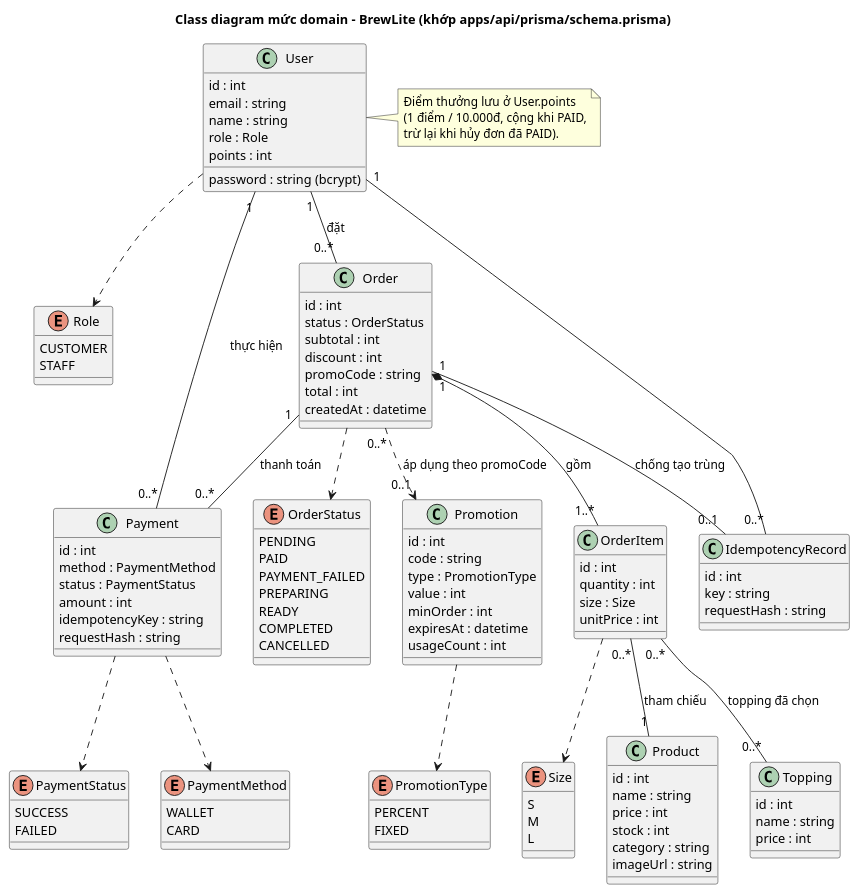
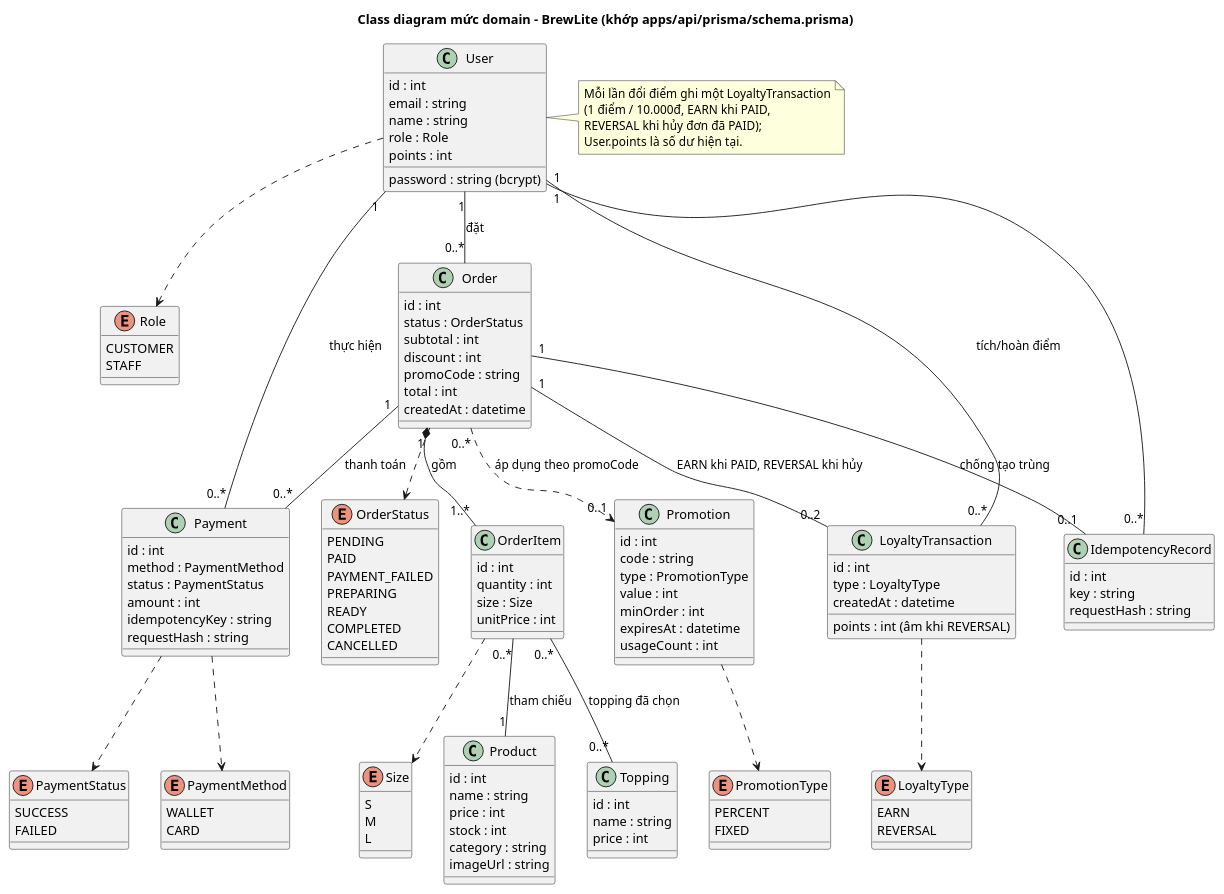
Before and after one commit to tthan-prog/BrewLite: the diagram in docs/diagrams/class-domain.puml, drawn with PlantUML. The commit also changed 25 other files, not shown here.

Commit message:
fix: bổ sung LoyaltyTransaction, use-case UC-01, test trạng thái menu và PWA manifest (đối chiếu đề A2)

```diff
--- a/docs/diagrams/class-domain.puml
+++ b/docs/diagrams/class-domain.puml
@@ -1,116 +1,130 @@
 @startuml class-domain
 title Class diagram mức domain – BrewLite (khớp apps/api/prisma/schema.prisma)
 skinparam shadowing false
 skinparam classAttributeIconSize 0
 
 enum Role {
   CUSTOMER
   STAFF
 }
 enum OrderStatus {
   PENDING
   PAID
   PAYMENT_FAILED
   PREPARING
   READY
   COMPLETED
   CANCELLED
 }
 enum PaymentMethod {
   WALLET
   CARD
 }
 enum PaymentStatus {
   SUCCESS
   FAILED
 }
 enum PromotionType {
   PERCENT
   FIXED
+}
+enum LoyaltyType {
+  EARN
+  REVERSAL
 }
 enum Size {
   S
   M
   L
 }
 
 class User {
   id : int
   email : string
   name : string
   password : string (bcrypt)
   role : Role
   points : int
 }
 class Product {
   id : int
   name : string
   price : int
   stock : int
   category : string
   imageUrl : string
 }
 class Topping {
   id : int
   name : string
   price : int
 }
 class Order {
   id : int
   status : OrderStatus
   subtotal : int
   discount : int
   promoCode : string
   total : int
   createdAt : datetime
 }
 class OrderItem {
   id : int
   quantity : int
   size : Size
   unitPrice : int
 }
 class Payment {
   id : int
   method : PaymentMethod
   status : PaymentStatus
   amount : int
   idempotencyKey : string
   requestHash : string
 }
 class Promotion {
   id : int
   code : string
   type : PromotionType
   value : int
   minOrder : int
   expiresAt : datetime
   usageCount : int
 }
+class LoyaltyTransaction {
+  id : int
+  type : LoyaltyType
+  points : int (âm khi REVERSAL)
+  createdAt : datetime
+}
 class IdempotencyRecord {
   id : int
   key : string
   requestHash : string
 }
 
 User "1" -- "0..*" Order : đặt
 Order "1" *-- "1..*" OrderItem : gồm
 OrderItem "0..*" -- "1" Product : tham chiếu
 OrderItem "0..*" -- "0..*" Topping : topping đã chọn
 Order "1" -- "0..*" Payment : thanh toán
 Order "0..*" ..> "0..1" Promotion : áp dụng theo promoCode
 User "1" -- "0..*" Payment : thực hiện
+User "1" -- "0..*" LoyaltyTransaction : tích/hoàn điểm
+Order "1" -- "0..2" LoyaltyTransaction : EARN khi PAID, REVERSAL khi hủy
 User "1" -- "0..*" IdempotencyRecord
 Order "1" -- "0..1" IdempotencyRecord : chống tạo trùng
 User ..> Role
 Order ..> OrderStatus
 Payment ..> PaymentStatus
 Payment ..> PaymentMethod
 Promotion ..> PromotionType
+LoyaltyTransaction ..> LoyaltyType
 OrderItem ..> Size
 note right of User
-  Điểm thưởng lưu ở User.points
-  (1 điểm / 10.000đ, cộng khi PAID,
-  trừ lại khi hủy đơn đã PAID).
+  Mỗi lần đổi điểm ghi một LoyaltyTransaction
+  (1 điểm / 10.000đ, EARN khi PAID,
+  REVERSAL khi hủy đơn đã PAID);
+  User.points là số dư hiện tại.
 end note
 @enduml
```
